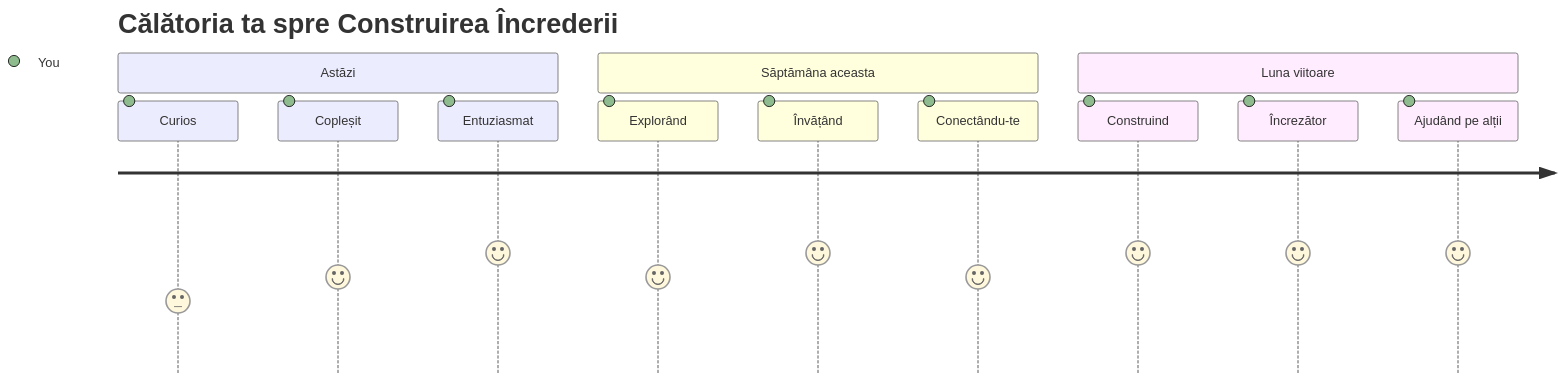
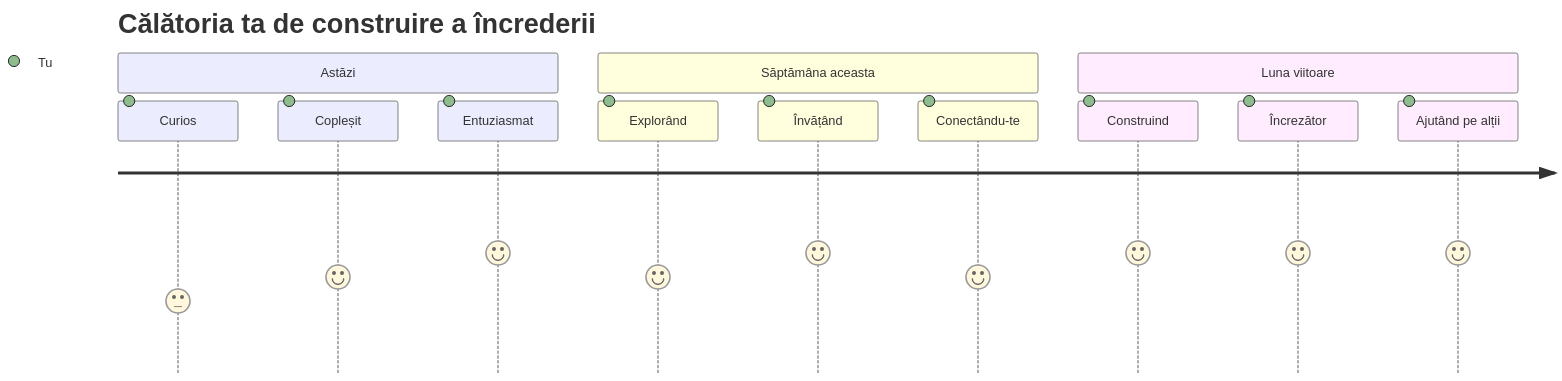
Before and after one commit to microsoft/Web-Dev-For-Beginners: the seventh of 7 diagrams in translations/ro/1-getting-started-lessons/1-intro-to-programming-languages/README.md, drawn with Mermaid. The commit also changed other lines of this file and 8 other files, not shown here.

````diff
--- a/translations/ro/1-getting-started-lessons/1-intro-to-programming-languages/README.md
+++ b/translations/ro/1-getting-started-lessons/1-intro-to-programming-languages/README.md
@@ -833,16 +833,16 @@
 ```mermaid
 journey
-    title Călătoria ta spre Construirea Încrederii
+    title Călătoria ta de construire a încrederii
     section Astăzi
-      Curios: 3: You
-      Copleșit: 4: You
-      Entuziasmat: 5: You
+      Curios: 3: Tu
+      Copleșit: 4: Tu
+      Entuziasmat: 5: Tu
     section Săptămâna aceasta
-      Explorând: 4: You
-      Învățând: 5: You
-      Conectându-te: 4: You
+      Explorând: 4: Tu
+      Învățând: 5: Tu
+      Conectându-te: 4: Tu
     section Luna viitoare
-      Construind: 5: You
-      Încrezător: 5: You
-      Ajudând pe alții: 5: You
+      Construind: 5: Tu
+      Încrezător: 5: Tu
+      Ajutând pe alții: 5: Tu
 ```
````
